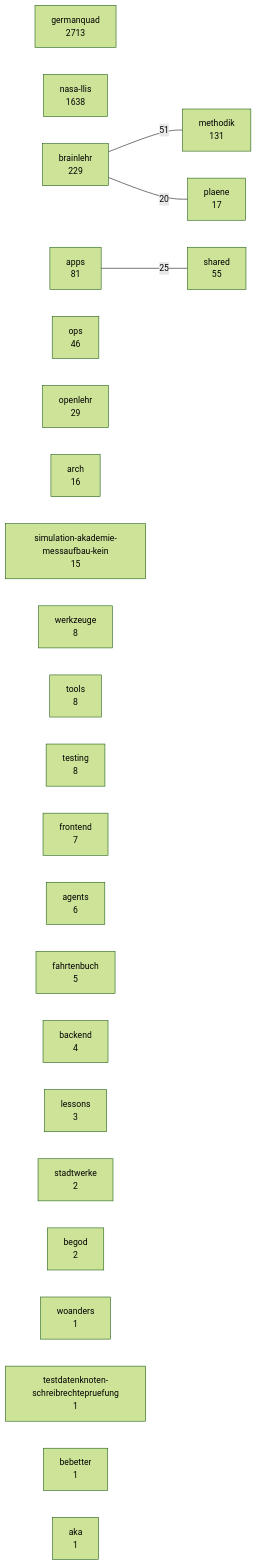
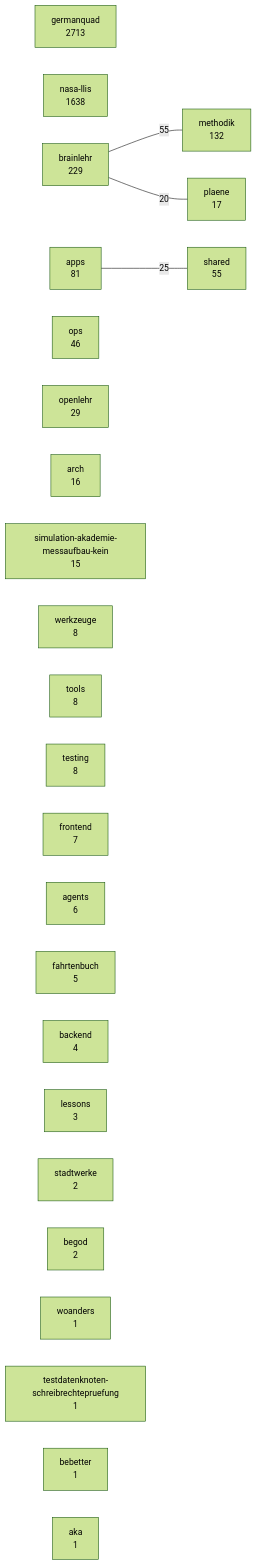
The diagram in docs/karten/bestand.md (3lehr/brainlehr), drawn with Mermaid (forest theme) before and after one commit. The commit also changed 3 other files, not shown here.

````diff
--- a/docs/karten/bestand.md
+++ b/docs/karten/bestand.md
@@ -5,31 +5,31 @@
 ```mermaid
 graph LR
   germanquad["germanquad<br/>2713"]
   nasa_llis["nasa-llis<br/>1638"]
   brainlehr["brainlehr<br/>229"]
-  methodik["methodik<br/>131"]
+  methodik["methodik<br/>132"]
   apps["apps<br/>81"]
   shared["shared<br/>55"]
   ops["ops<br/>46"]
   openlehr["openlehr<br/>29"]
   plaene["plaene<br/>17"]
   arch["arch<br/>16"]
   simulation_akademie_messaufbau_kein["simulation-akademie-messaufbau-kein<br/>15"]
   werkzeuge["werkzeuge<br/>8"]
   tools["tools<br/>8"]
   testing["testing<br/>8"]
   frontend["frontend<br/>7"]
   agents["agents<br/>6"]
   fahrtenbuch["fahrtenbuch<br/>5"]
   backend["backend<br/>4"]
   lessons["lessons<br/>3"]
   stadtwerke["stadtwerke<br/>2"]
   begod["begod<br/>2"]
   woanders["woanders<br/>1"]
   testdatenknoten_schreibrechtepruefung["testdatenknoten-schreibrechtepruefung<br/>1"]
   bebetter["bebetter<br/>1"]
   aka["aka<br/>1"]
-  brainlehr ---|51| methodik
+  brainlehr ---|55| methodik
   apps ---|25| shared
   brainlehr ---|20| plaene
 ```
````
